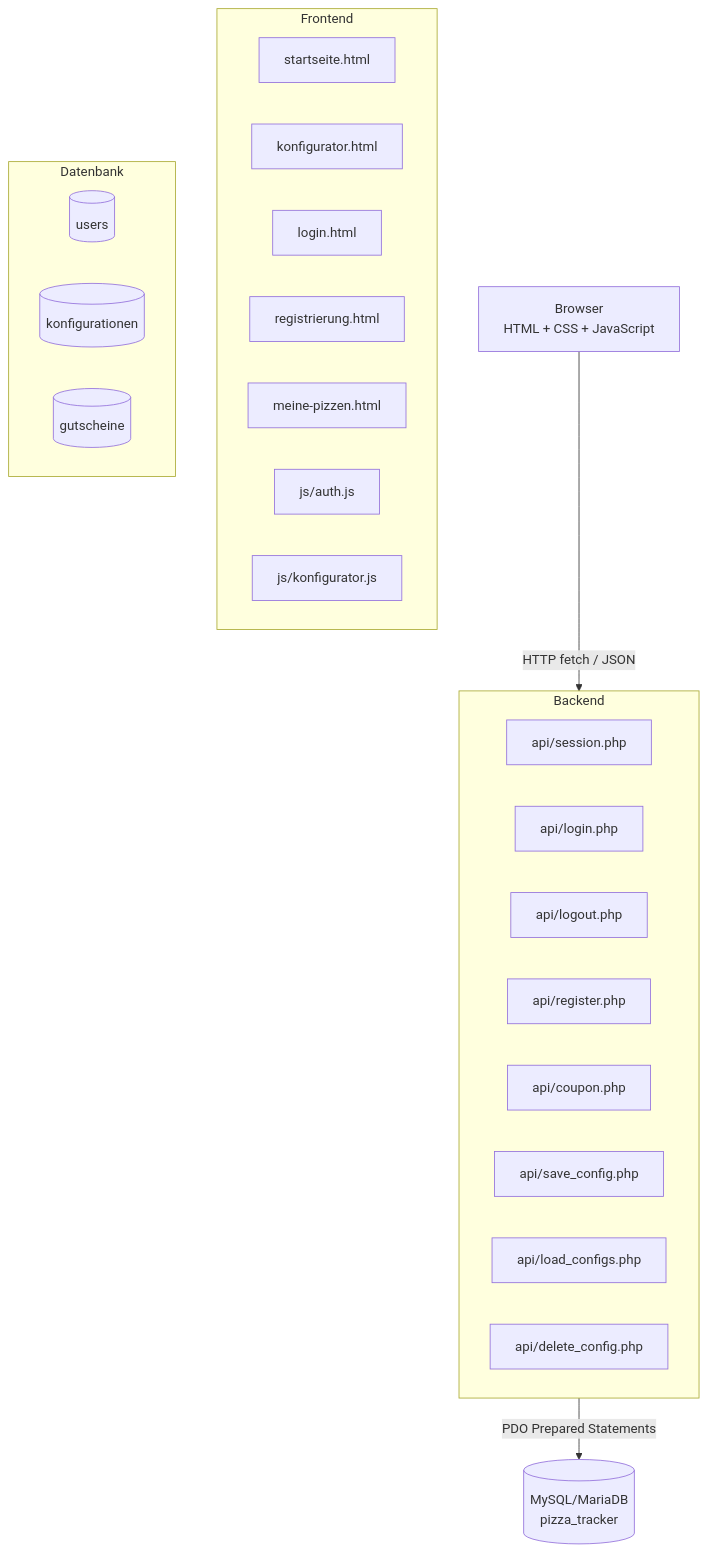
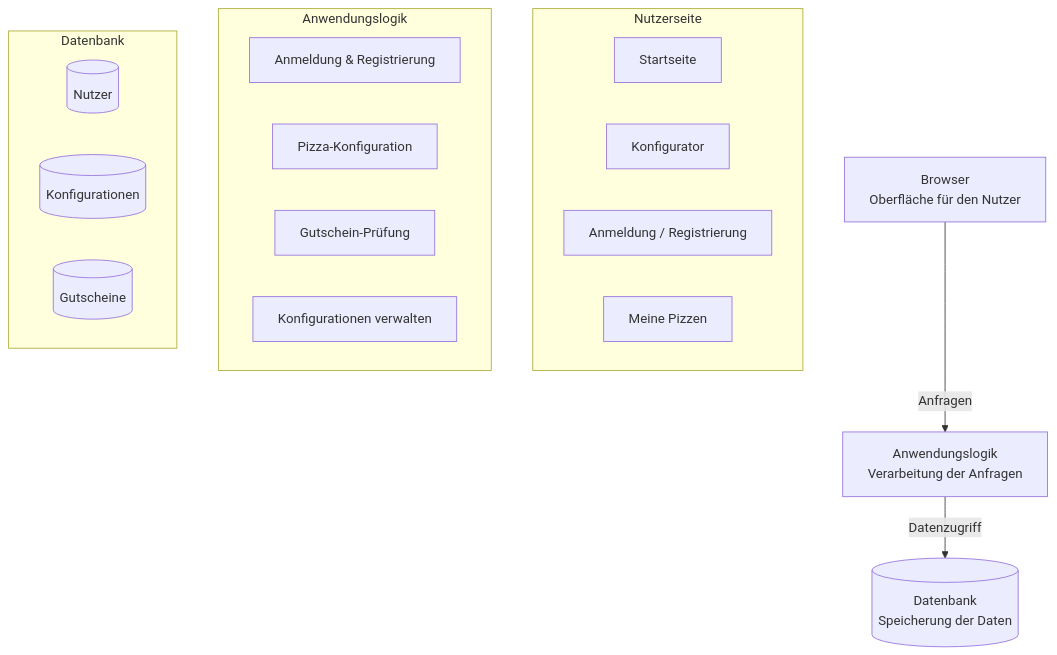
One commit to Familienmann89/Pizza-Tracker- changed the diagram in docs/spec/P2-architekturueberblick.md. Above: the diagram before and after it, drawn with Mermaid. The commit also changed other lines of this file, not shown here.

First line of the commit message:
Revise architecture overview and technology stack

````diff
--- a/docs/spec/P2-architekturueberblick.md
+++ b/docs/spec/P2-architekturueberblick.md
@@ -21,36 +7,29 @@
 ```mermaid
 graph TD
-    Browser["Browser\nHTML + CSS + JavaScript"]
-    Backend["PHP-Backend\napi/*.php"]
-    DB[(MySQL/MariaDB\npizza_tracker)]
+    Browser["Browser\nOberfläche für den Nutzer"]
+    Backend["Anwendungslogik\nVerarbeitung der Anfragen"]
+    DB[(Datenbank\nSpeicherung der Daten)]
 
-    Browser -->|"HTTP fetch / JSON"| Backend
-    Backend -->|"PDO Prepared Statements"| DB
+    Browser -->|"Anfragen"| Backend
+    Backend -->|"Datenzugriff"| DB
 
-    subgraph Frontend
-        F1[startseite.html]
-        F2[konfigurator.html]
-        F3[login.html]
-        F4[registrierung.html]
-        F5[meine-pizzen.html]
-        F6[js/auth.js]
-        F7[js/konfigurator.js]
+    subgraph Nutzerseite
+        A[Startseite]
+        B[Konfigurator]
+        C[Anmeldung / Registrierung]
+        D[Meine Pizzen]
     end
 
-    subgraph Backend
-        B1[api/session.php]
-        B2[api/login.php]
-        B3[api/logout.php]
-        B4[api/register.php]
-        B5[api/coupon.php]
-        B6[api/save_config.php]
-        B7[api/load_configs.php]
-        B8[api/delete_config.php]
+    subgraph Anwendungslogik
+        E[Anmeldung & Registrierung]
+        F[Pizza-Konfiguration]
+        G[Gutschein-Prüfung]
+        H[Konfigurationen verwalten]
     end
 
     subgraph Datenbank
-        T1[(users)]
-        T2[(konfigurationen)]
-        T3[(gutscheine)]
+        I[(Nutzer)]
+        J[(Konfigurationen)]
+        K[(Gutscheine)]
     end
 ```
````
